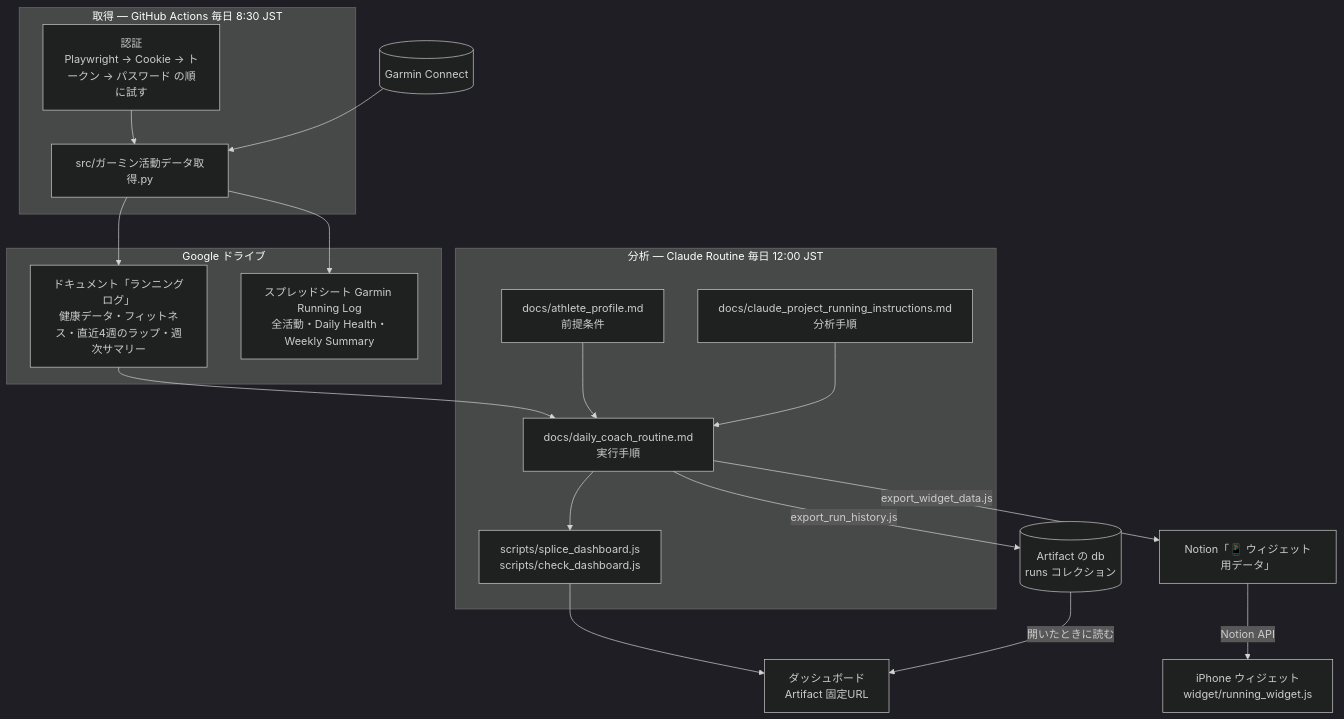
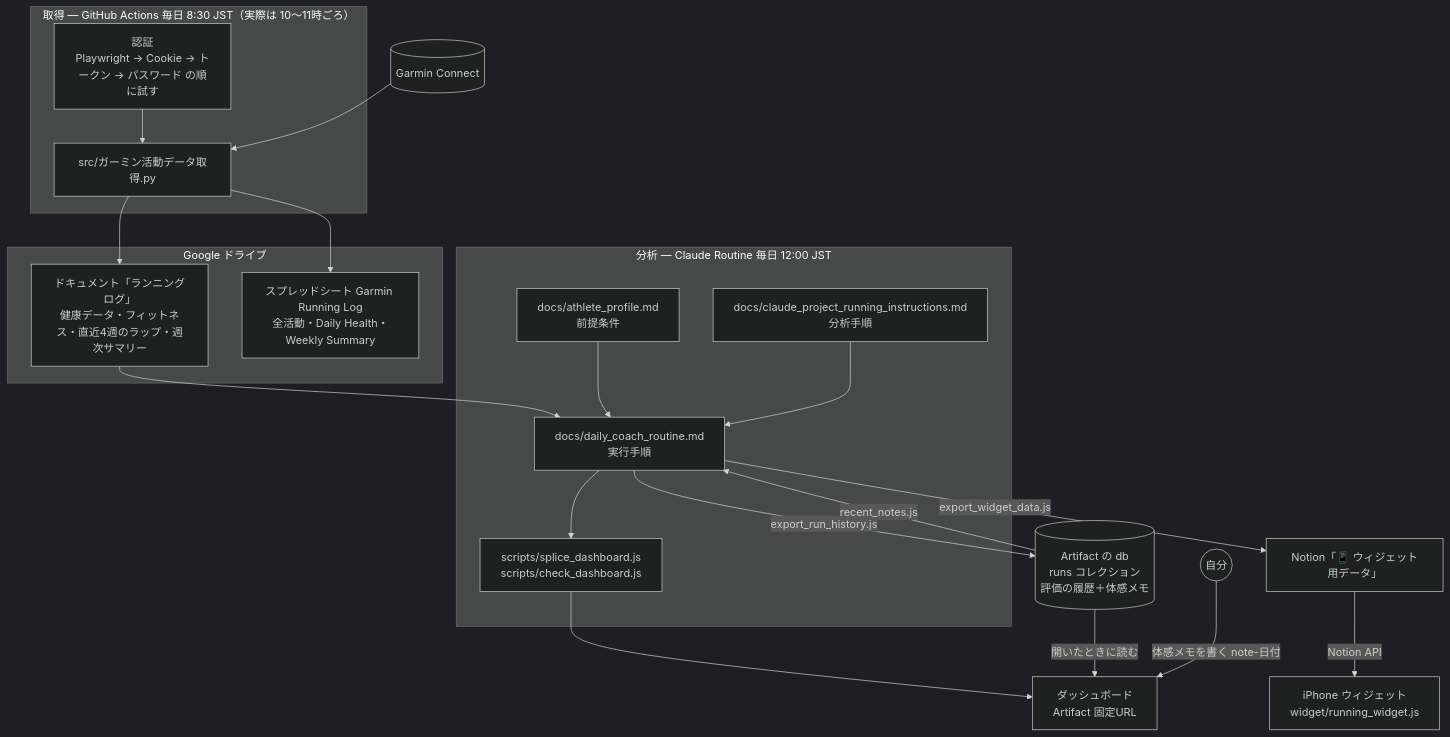
One commit to tonpe3141-ctrl/garmin-to-notion changed the diagram in docs/ARCHITECTURE.md. Above: the diagram before and after it, drawn with Mermaid (dark theme). The commit also changed other lines of this file and 13 other files, not shown here.

````diff
--- a/docs/ARCHITECTURE.md
+++ b/docs/ARCHITECTURE.md
@@ -9,39 +9,42 @@
 ```mermaid
 graph TD
-    subgraph "取得 — GitHub Actions 毎日 8:30 JST"
+    subgraph "取得 — GitHub Actions 毎日 8:30 JST（実際は 10〜11時ごろ）"
         Auth[認証<br>Playwright → Cookie → トークン → パスワード の順に試す]
         Sync[src/ガーミン活動データ取得.py]
         Auth --> Sync
     end
 
     Garmin[(Garmin Connect)] --> Sync
 
     subgraph "Google ドライブ"
         Doc["ドキュメント「ランニングログ」<br>健康データ・フィットネス・直近4週のラップ・週次サマリー"]
         Sheet["スプレッドシート Garmin Running Log<br>全活動・Daily Health・Weekly Summary"]
     end
     Sync --> Doc
     Sync --> Sheet
 
     subgraph "分析 — Claude Routine 毎日 12:00 JST"
         Profile[docs/athlete_profile.md<br>前提条件]
         Method[docs/claude_project_running_instructions.md<br>分析手順]
         Steps[docs/daily_coach_routine.md<br>実行手順]
         Splice[scripts/splice_dashboard.js<br>scripts/check_dashboard.js]
     end
     Doc --> Steps
     Profile --> Steps
     Method --> Steps
     Steps --> Splice
 
     Dash[ダッシュボード<br>Artifact 固定URL]
-    DB[(Artifact の db<br>runs コレクション)]
+    DB[(Artifact の db<br>runs コレクション<br>評価の履歴＋体感メモ)]
+    Me((自分))
     NP[Notion「📱 ウィジェット用データ」]
     W[iPhone ウィジェット<br>widget/running_widget.js]
 
     Splice --> Dash
     Steps -->|export_run_history.js| DB
     Steps -->|export_widget_data.js| NP
     DB -->|開いたときに読む| Dash
+    Me -->|体感メモを書く note-日付| Dash
+    DB -->|recent_notes.js| Steps
     NP -->|Notion API| W
 ```
````
